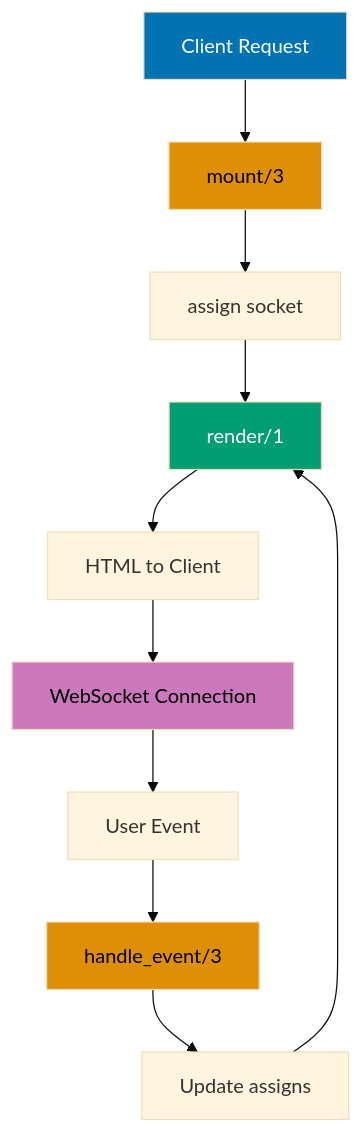
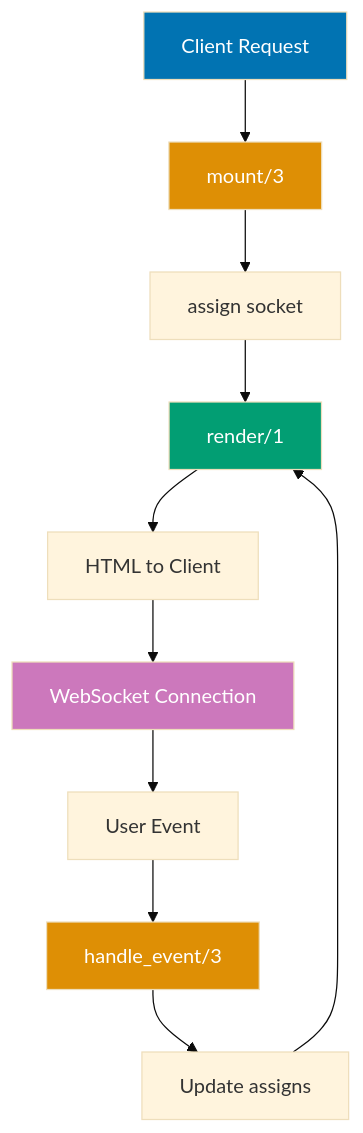
Before and after one commit to wahidyankf/open-sharia-enterprise: the fourth of 6 diagrams in apps/ayokoding-web/content/en/learn/software-engineering/platform-web/tools/elixir-phoenix/by-example/beginner.md, drawn with Mermaid (base theme). The commit also changed other lines of this file and 61 other files, not shown here.

First line of the commit message:
fix(ayokoding-web): quote Mermaid node labels with special characters in Example 63

````diff
--- a/apps/ayokoding-web/content/en/learn/software-engineering/platform-web/tools/elixir-phoenix/by-example/beginner.md
+++ b/apps/ayokoding-web/content/en/learn/software-engineering/platform-web/tools/elixir-phoenix/by-example/beginner.md
@@ -496,19 +496,19 @@
 ```mermaid
 %% LiveView lifecycle flow
 graph TD
     A[Client Request] --> B[mount/3]
     B --> C[assign socket]
     C --> D[render/1]
     D --> E[HTML to Client]
     E --> F[WebSocket Connection]
     F --> G[User Event]
     G --> H[handle_event/3]
     H --> I[Update assigns]
     I --> D
 
     style A fill:#0173B2,color:#fff
-    style B fill:#DE8F05,color:#000
+    style B fill:#DE8F05,color:#fff
     style D fill:#029E73,color:#fff
-    style F fill:#CC78BC,color:#000
-    style H fill:#DE8F05,color:#000
+    style F fill:#CC78BC,color:#fff
+    style H fill:#DE8F05,color:#fff
 ```
````
